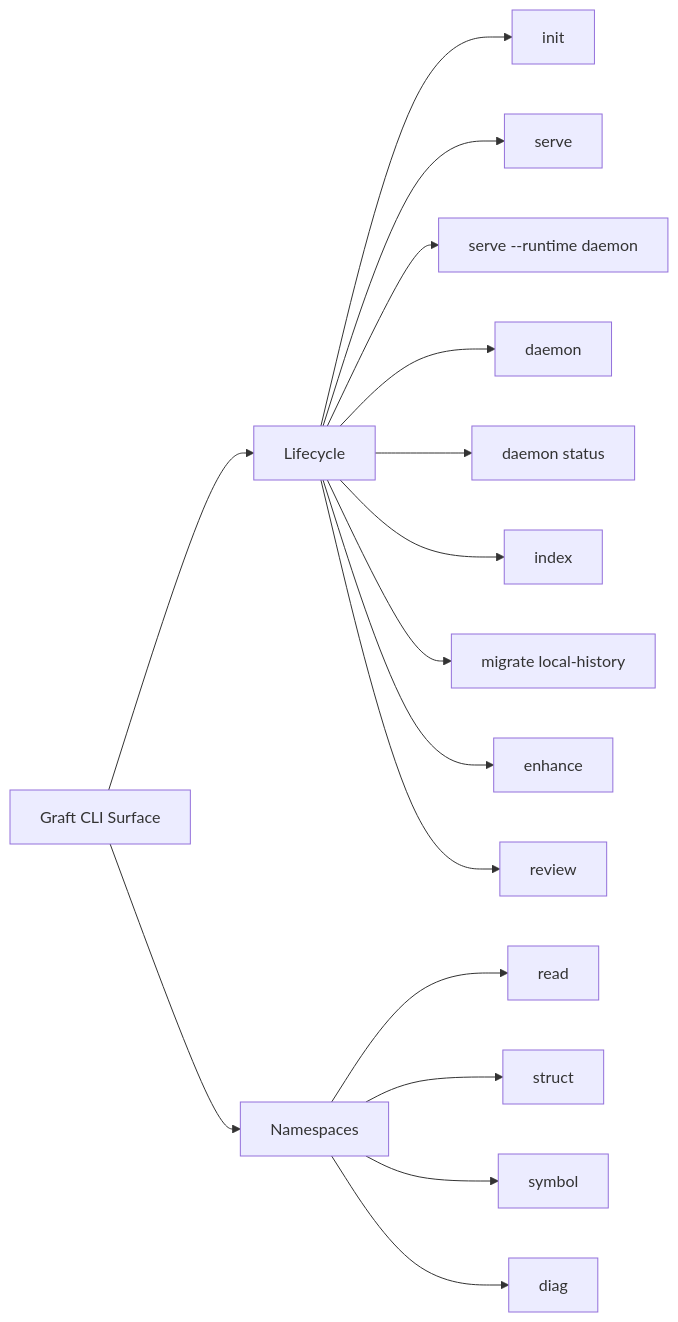
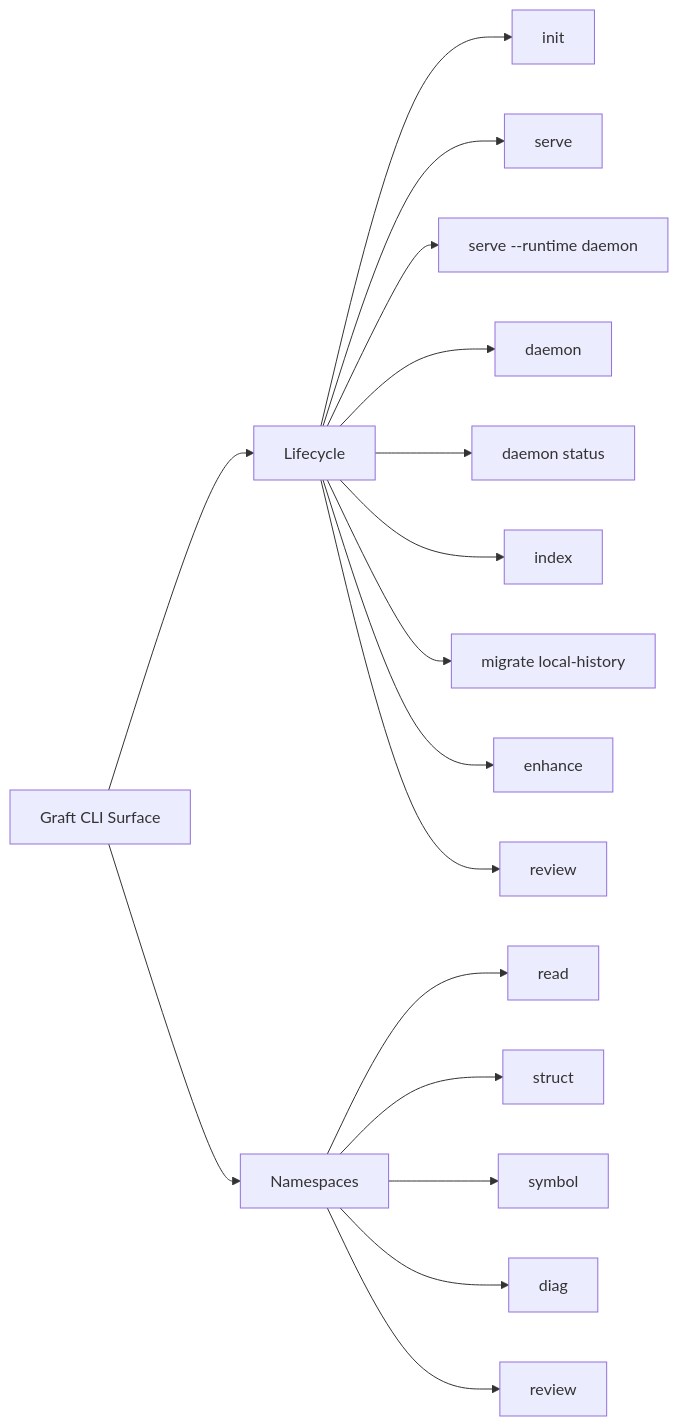
One commit to flyingrobots/graft changed the diagram in docs/CLI.md. Above: the diagram before and after it, drawn with Mermaid. The commit also changed other lines of this file and 39 other files, not shown here.

````diff
--- a/docs/CLI.md
+++ b/docs/CLI.md
@@ -5,18 +5,19 @@
 ```mermaid
 flowchart LR
     A[Graft CLI Surface] --> B[Lifecycle]
     A --> C[Namespaces]
     B --> B1[init]
     B --> B2[serve]
     B --> B3[serve --runtime daemon]
     B --> B4[daemon]
     B --> B5[daemon status]
     B --> B6[index]
     B --> B7[migrate local-history]
     B --> B8[enhance]
     B --> B9[review]
     C --> C1[read]
     C --> C2[struct]
     C --> C3[symbol]
     C --> C4[diag]
+    C --> C5[review]
 ```
````
